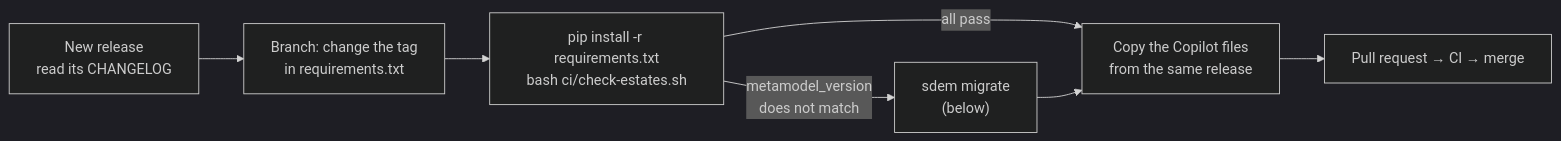
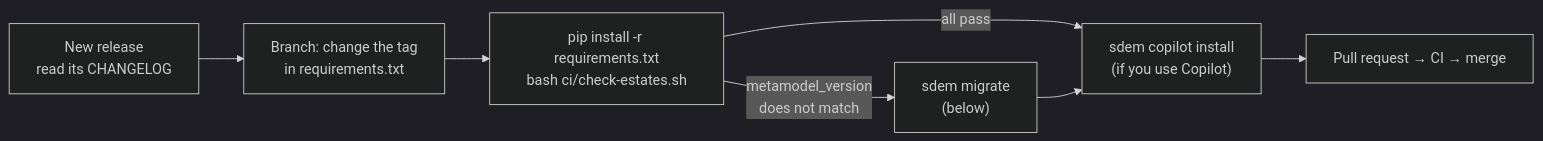
Before and after one commit to taumoeps/bian-sdem-framework: the diagram in docs/sdem-administration.md, drawn with Mermaid (dark theme). The commit also changed 15 other files, not shown here.

````diff
--- a/docs/sdem-administration.md
+++ b/docs/sdem-administration.md
@@ -17,9 +17,9 @@
 ```mermaid
 flowchart LR
     A["New release<br/>read its CHANGELOG"] --> B["Branch: change the tag<br/>in requirements.txt"]
     B --> C["pip install -r requirements.txt<br/>bash ci/check-estates.sh"]
     C -->|"metamodel_version<br/>does not match"| D["sdem migrate<br/>(below)"]
-    C -->|"all pass"| E["Copy the Copilot files<br/>from the same release"]
+    C -->|"all pass"| E["sdem copilot install<br/>(if you use Copilot)"]
     D --> E
     E --> F["Pull request → CI → merge"]
 ```
````
